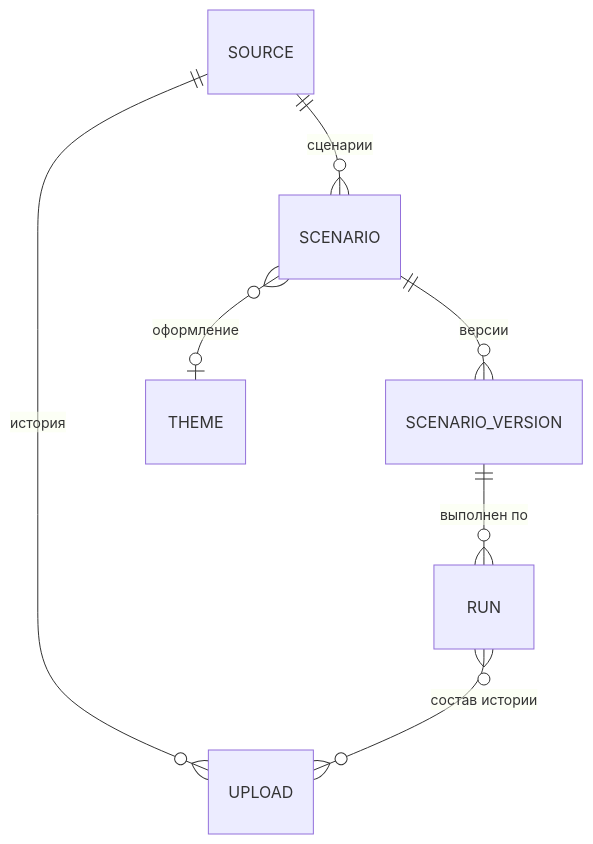
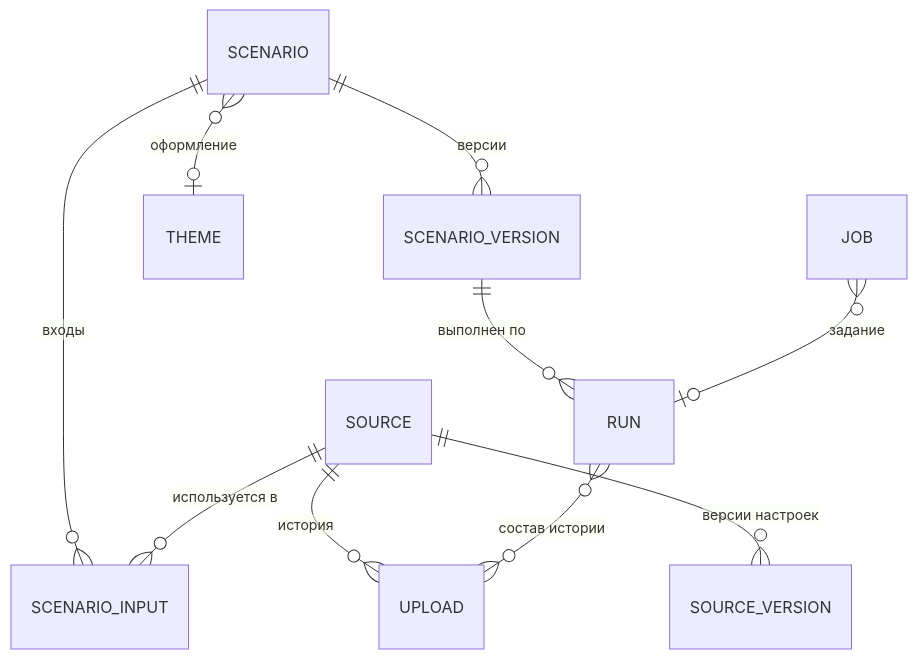
Before and after one commit to PrimalSt/Auto_clode: the fourth of 4 diagrams in ARCHITECTURE.md, drawn with Mermaid. The commit also changed other lines of this file and 1 other file, not shown here.

First line of the commit message:
Revise PRD and architecture to v0.3 after the clarifying answers

````diff
--- a/ARCHITECTURE.md
+++ b/ARCHITECTURE.md
@@ -404,9 +571,12 @@
 ```mermaid
 erDiagram
+  SOURCE ||--o{ SOURCE_VERSION : "версии настроек"
   SOURCE ||--o{ UPLOAD : "история"
-  SOURCE ||--o{ SCENARIO : "сценарии"
+  SCENARIO ||--o{ SCENARIO_INPUT : "входы"
+  SOURCE ||--o{ SCENARIO_INPUT : "используется в"
   SCENARIO ||--o{ SCENARIO_VERSION : "версии"
   SCENARIO }o--o| THEME : "оформление"
   SCENARIO_VERSION ||--o{ RUN : "выполнен по"
   RUN }o--o{ UPLOAD : "состав истории"
+  JOB }o--o| RUN : "задание"
 ```
````
